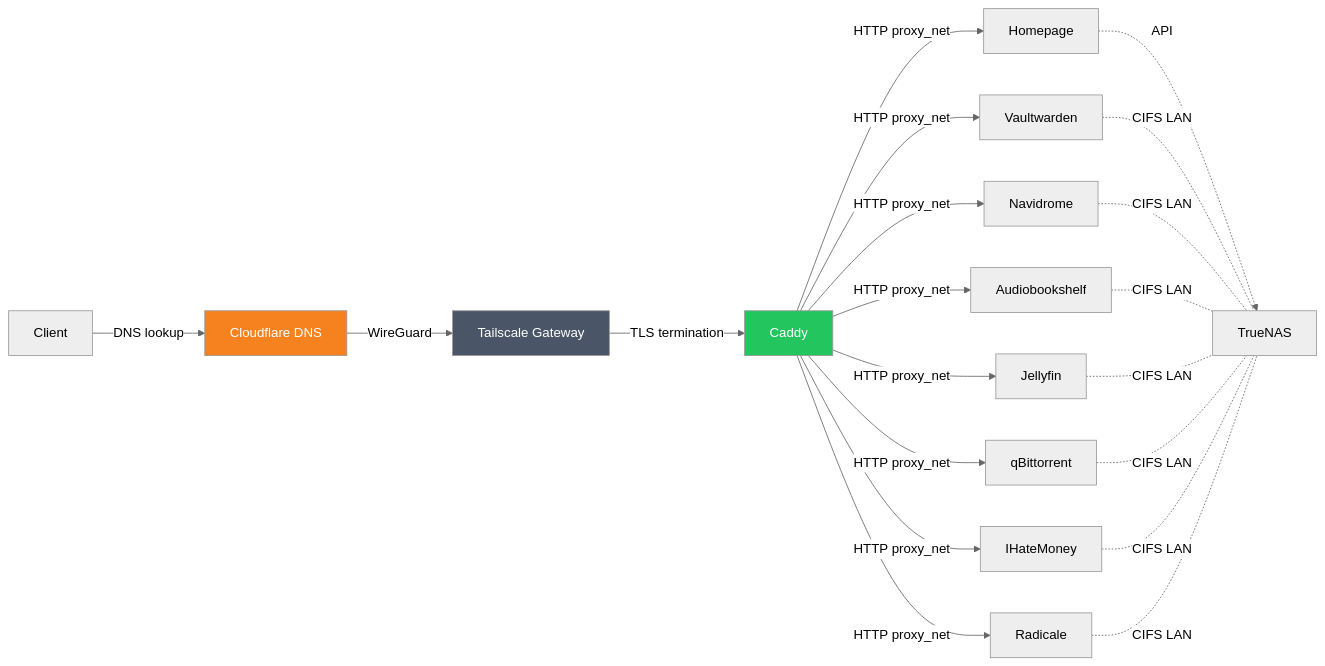
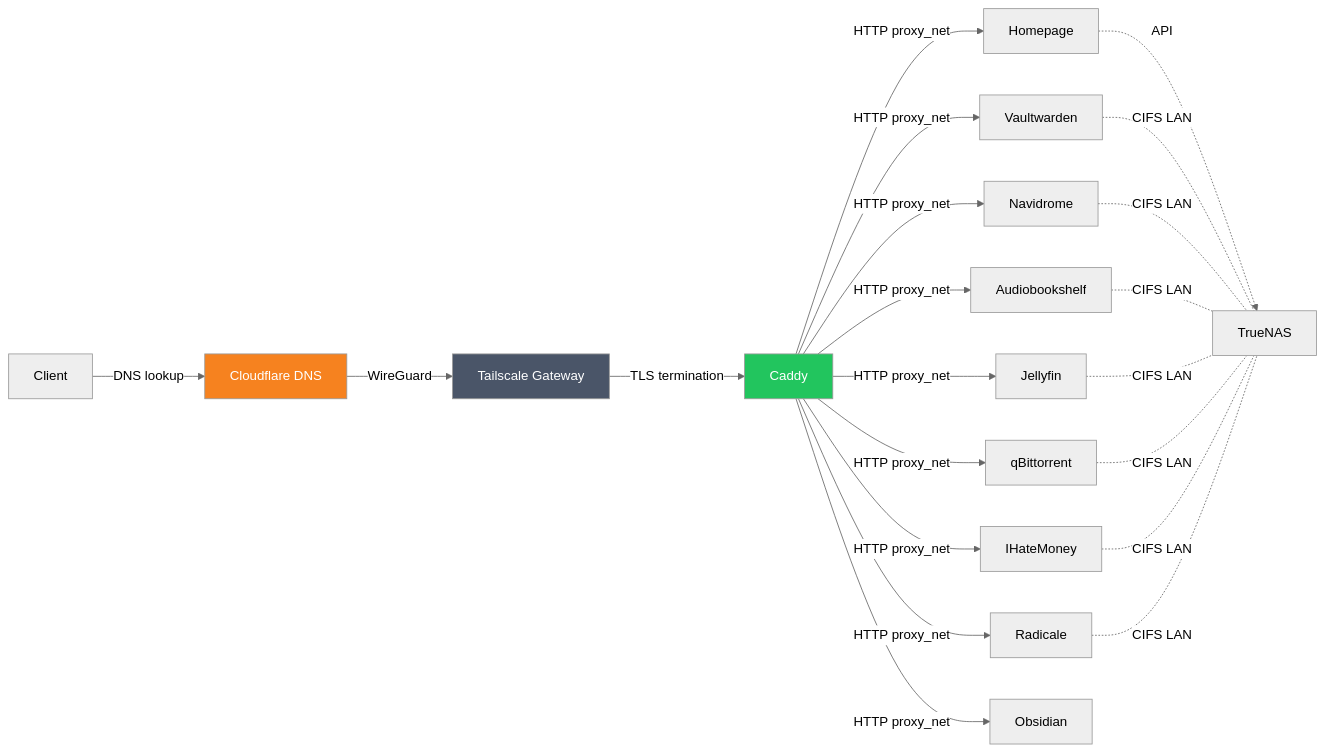
One commit to masolnada/homelab changed the second of 2 diagrams in README.md. Above: the diagram before and after it, drawn with Mermaid (neutral theme). The commit also changed other lines of this file and 5 other files, not shown here.

````diff
--- a/README.md
+++ b/README.md
@@ -73,26 +76,27 @@
 ```mermaid
 graph LR
     Client -->|DNS lookup| CF[Cloudflare DNS]
     CF -->|WireGuard| TS[Tailscale Gateway]
     TS -->|TLS termination| Caddy
     Caddy -->|HTTP proxy_net| Homepage
     Caddy -->|HTTP proxy_net| Vaultwarden
     Caddy -->|HTTP proxy_net| Navidrome
     Caddy -->|HTTP proxy_net| Audiobookshelf
     Caddy -->|HTTP proxy_net| IHateMoney
     Caddy -->|HTTP proxy_net| Jellyfin
     Caddy -->|HTTP proxy_net| qBittorrent
     Caddy -->|HTTP proxy_net| Radicale
+    Caddy -->|HTTP proxy_net| Obsidian
     Homepage -.->|API| NAS[TrueNAS]
     Vaultwarden -.-|CIFS LAN| NAS
     Navidrome -.-|CIFS LAN| NAS
     Audiobookshelf -.-|CIFS LAN| NAS
     Jellyfin -.-|CIFS LAN| NAS
     qBittorrent -.-|CIFS LAN| NAS
     IHateMoney -.-|CIFS LAN| NAS
     Radicale -.-|CIFS LAN| NAS
 
     style CF fill:#f6821f,color:#fff
     style TS fill:#4a5568,color:#fff
     style Caddy fill:#22c55e,color:#fff
 ```
````
